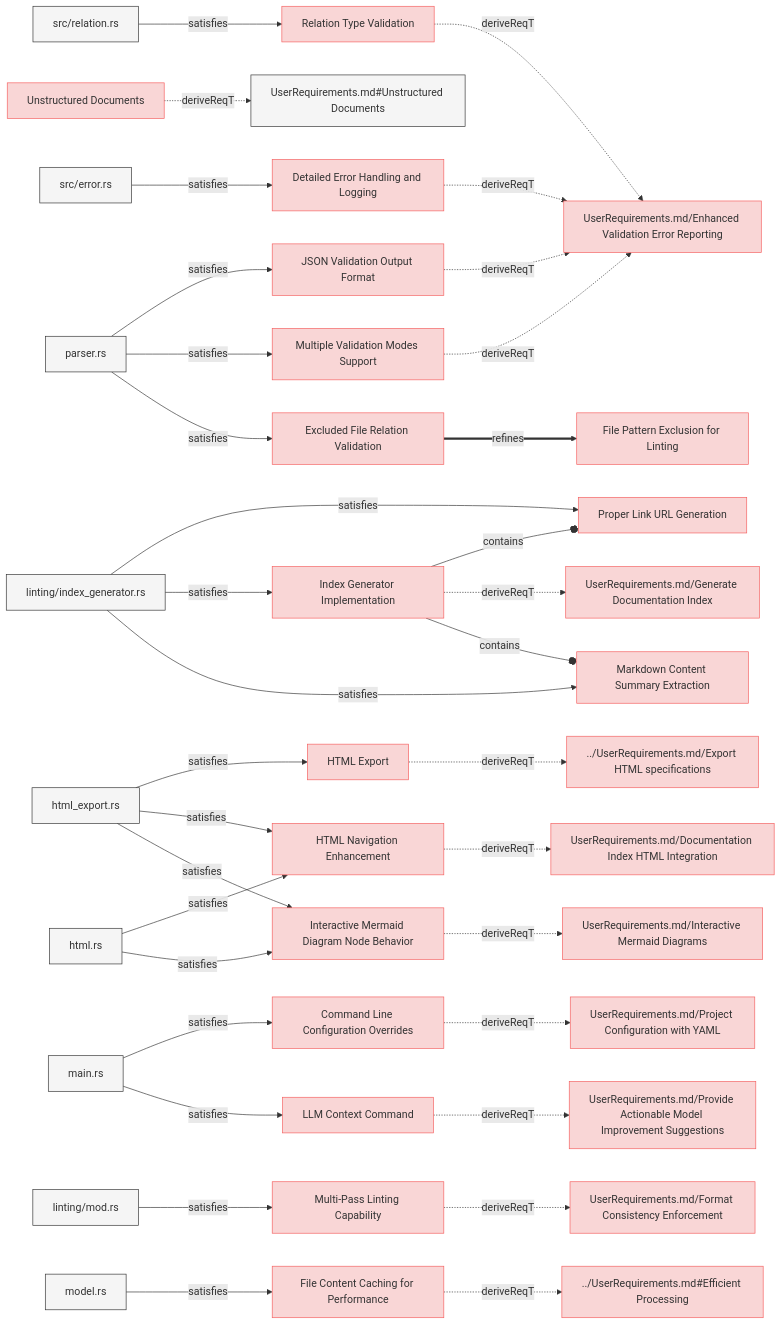
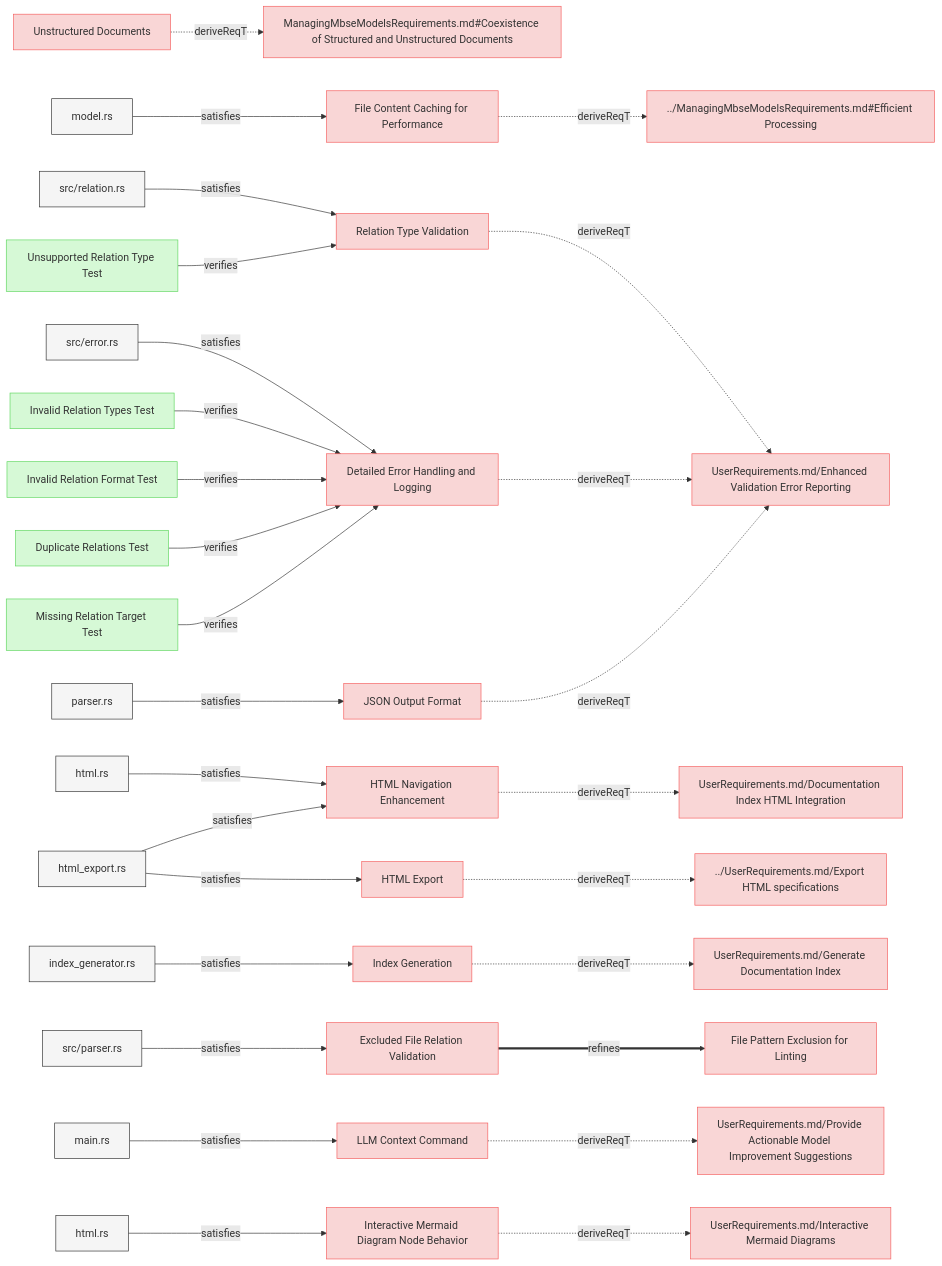
One commit to reqvire-org/reqvire changed the third of 8 diagrams in specifications/SystemRequirements/Requirements.md. Above: the diagram before and after it, drawn with Mermaid. The commit also changed other lines of this file and 11 other files, not shown here.

````diff
--- a/specifications/SystemRequirements/Requirements.md
+++ b/specifications/SystemRequirements/Requirements.md
@@ -266,6 +250,25 @@
   classDef verification fill:#d6f9d6,stroke:#5fd75f,stroke-width:1px;
   classDef externalLink fill:#d0e0ff,stroke:#3080ff,stroke-width:1px;
   classDef default fill:#f5f5f5,stroke:#333333,stroke-width:1px;
+
+  5a1719a264["Unstructured Documents"];
+  click 5a1719a264 "Requirements.md#unstructured-documents";
+  class 5a1719a264 requirement;
+  daadd8e583["ManagingMbseModelsRequirements.md#Coexistence of Structured and Unstructured Documents"];
+  class daadd8e583 requirement;
+  click daadd8e583 "../ManagingMbseModelsRequirements.md#coexistence-of-structured-and-unstructured-documents";
+  5a1719a264 -.->|deriveReqT| daadd8e583;
+  98bd2bd6bd["File Content Caching for Performance"];
+  click 98bd2bd6bd "Requirements.md#file-content-caching-for-performance";
+  class 98bd2bd6bd requirement;
+  21e4eb87cb["../ManagingMbseModelsRequirements.md#Efficient Processing"];
+  class 21e4eb87cb requirement;
+  click 21e4eb87cb "../ManagingMbseModelsRequirements.md#efficient-processing";
+  98bd2bd6bd -.->|deriveReqT| 21e4eb87cb;
+  74b4dd6a32["model.rs"];
+  class 74b4dd6a32 default;
+  click 74b4dd6a32 "../../src/model.rs";
+  74b4dd6a32 -->|satisfies| 98bd2bd6bd;
   5870488e00["Relation Type Validation"];
   click 5870488e00 "Requirements.md#relation-type-validation";
   class 5870488e00 requirement;
@@ -277,35 +280,10 @@
   class 7f89a342b7 default;
   click 7f89a342b7 "../../src/relation.rs";
   7f89a342b7 -->|satisfies| 5870488e00;
-  e30559f0b9["Proper Link URL Generation"];
-  click e30559f0b9 "Requirements.md#proper-link-url-generation";
-  class e30559f0b9 requirement;
-  ec70b05609["Index Generator Implementation"];
-  class ec70b05609 requirement;
-  click ec70b05609 "Requirements.md#index-generator-implementation";
-  ec70b05609 --o|contains| e30559f0b9;
-  58ac33706d["linting/index_generator.rs"];
-  class 58ac33706d default;
-  click 58ac33706d "../../src/linting/index_generator.rs";
-  58ac33706d -->|satisfies| e30559f0b9;
-  5a1719a264["Unstructured Documents"];
-  click 5a1719a264 "Requirements.md#unstructured-documents";
-  class 5a1719a264 requirement;
-  925533940c["UserRequirements.md#Unstructured Documents"];
-  class 925533940c default;
-  click 925533940c "../UserRequirements.md#unstructured-documents";
-  5a1719a264 -.->|deriveReqT| 925533940c;
-  c8b6ccc187["HTML Export"];
-  click c8b6ccc187 "Requirements.md#html-export";
-  class c8b6ccc187 requirement;
-  72c7eda618["../UserRequirements.md/Export HTML specifications"];
-  class 72c7eda618 requirement;
-  click 72c7eda618 "../UserRequirements.md#export-html-specifications";
-  c8b6ccc187 -.->|deriveReqT| 72c7eda618;
-  b55a4dd946["html_export.rs"];
-  class b55a4dd946 default;
-  click b55a4dd946 "../../src/html_export.rs";
-  b55a4dd946 -->|satisfies| c8b6ccc187;
+  47e4d671c1["Unsupported Relation Type Test"];
+  class 47e4d671c1 verification;
+  click 47e4d671c1 "../Verifications/ValidationTests.md#unsupported-relation-type-test";
+  47e4d671c1 -->|verifies| 5870488e00;
   86e0701b6c["HTML Navigation Enhancement"];
   click 86e0701b6c "Requirements.md#html-navigation-enhancement";
   class 86e0701b6c requirement;
@@ -317,80 +295,40 @@
   class 26182a4f81 default;
   click 26182a4f81 "../../src/html.rs";
   26182a4f81 -->|satisfies| 86e0701b6c;
+  b55a4dd946["html_export.rs"];
+  class b55a4dd946 default;
+  click b55a4dd946 "../../src/html_export.rs";
   b55a4dd946 -->|satisfies| 86e0701b6c;
-  dcf18d2ae4["JSON Validation Output Format"];
-  click dcf18d2ae4 "Requirements.md#json-validation-output-format";
-  class dcf18d2ae4 requirement;
-  dcf18d2ae4 -.->|deriveReqT| 7cf5cf9900;
-  c1dd54a249["parser.rs"];
-  class c1dd54a249 default;
-  click c1dd54a249 "../../src/parser.rs";
-  c1dd54a249 -->|satisfies| dcf18d2ae4;
+  c8b6ccc187["HTML Export"];
+  click c8b6ccc187 "Requirements.md#html-export";
+  class c8b6ccc187 requirement;
+  72c7eda618["../UserRequirements.md/Export HTML specifications"];
+  class 72c7eda618 requirement;
+  click 72c7eda618 "../UserRequirements.md#export-html-specifications";
+  c8b6ccc187 -.->|deriveReqT| 72c7eda618;
+  b55a4dd946 -->|satisfies| c8b6ccc187;
+  8acd24c7c2["Index Generation"];
+  click 8acd24c7c2 "Requirements.md#index-generation";
+  class 8acd24c7c2 requirement;
   f5b5eaeb28["UserRequirements.md/Generate Documentation Index"];
   class f5b5eaeb28 requirement;
   click f5b5eaeb28 "../UserRequirements.md#generate-documentation-index";
-  ec70b05609 -.->|deriveReqT| f5b5eaeb28;
-  58ac33706d -->|satisfies| ec70b05609;
-  94546ef055["Command Line Configuration Overrides"];
-  click 94546ef055 "Requirements.md#command-line-configuration-overrides";
-  class 94546ef055 requirement;
-  7430e12113["UserRequirements.md/Project Configuration with YAML"];
-  class 7430e12113 requirement;
-  click 7430e12113 "../UserRequirements.md#project-configuration-with-yaml";
-  94546ef055 -.->|deriveReqT| 7430e12113;
-  508bcd1e4a["main.rs"];
-  class 508bcd1e4a default;
-  click 508bcd1e4a "../../src/main.rs";
-  508bcd1e4a -->|satisfies| 94546ef055;
-  7a8da8dfee["Interactive Mermaid Diagram Node Behavior"];
-  click 7a8da8dfee "Requirements.md#interactive-mermaid-diagram-node-behavior";
-  class 7a8da8dfee requirement;
-  e867499409["UserRequirements.md/Interactive Mermaid Diagrams"];
-  class e867499409 requirement;
-  click e867499409 "../UserRequirements.md#interactive-mermaid-diagrams";
-  7a8da8dfee -.->|deriveReqT| e867499409;
-  26182a4f81 -->|satisfies| 7a8da8dfee;
-  b55a4dd946 -->|satisfies| 7a8da8dfee;
-  3b4ff428f7["Multiple Validation Modes Support"];
-  click 3b4ff428f7 "Requirements.md#multiple-validation-modes-support";
-  class 3b4ff428f7 requirement;
-  3b4ff428f7 -.->|deriveReqT| 7cf5cf9900;
-  c1dd54a249 -->|satisfies| 3b4ff428f7;
-  feb2e14e3b["Multi-Pass Linting Capability"];
-  click feb2e14e3b "Requirements.md#multi-pass-linting-capability";
-  class feb2e14e3b requirement;
-  81758bdb22["UserRequirements.md/Format Consistency Enforcement"];
-  class 81758bdb22 requirement;
-  click 81758bdb22 "../UserRequirements.md#format-consistency-enforcement";
-  feb2e14e3b -.->|deriveReqT| 81758bdb22;
-  3c61a8f8d3["linting/mod.rs"];
-  class 3c61a8f8d3 default;
-  click 3c61a8f8d3 "../../src/linting/mod.rs";
-  3c61a8f8d3 -->|satisfies| feb2e14e3b;
-  8ba9c7e059["LLM Context Command"];
-  click 8ba9c7e059 "Requirements.md#llm-context-command";
-  class 8ba9c7e059 requirement;
-  ec56dd665a["UserRequirements.md/Provide Actionable Model Improvement Suggestions"];
-  class ec56dd665a requirement;
-  click ec56dd665a "../UserRequirements.md#provide-actionable-model-improvement-suggestions";
-  8ba9c7e059 -.->|deriveReqT| ec56dd665a;
-  508bcd1e4a -->|satisfies| 8ba9c7e059;
-  98bd2bd6bd["File Content Caching for Performance"];
-  click 98bd2bd6bd "Requirements.md#file-content-caching-for-performance";
-  class 98bd2bd6bd requirement;
-  f07cf1cbfa["../UserRequirements.md#Efficient Processing"];
-  class f07cf1cbfa requirement;
-  click f07cf1cbfa "../UserRequirements.md#efficient-processing";
-  98bd2bd6bd -.->|deriveReqT| f07cf1cbfa;
-  74b4dd6a32["model.rs"];
-  class 74b4dd6a32 default;
-  click 74b4dd6a32 "../../src/model.rs";
-  74b4dd6a32 -->|satisfies| 98bd2bd6bd;
-  464cd8f172["Markdown Content Summary Extraction"];
-  click 464cd8f172 "Requirements.md#markdown-content-summary-extraction";
-  class 464cd8f172 requirement;
-  ec70b05609 --o|contains| 464cd8f172;
-  58ac33706d -->|satisfies| 464cd8f172;
+  8acd24c7c2 -.->|deriveReqT| f5b5eaeb28;
+  68559a12f4["index_generator.rs"];
+  class 68559a12f4 default;
+  click 68559a12f4 "../../src/index_generator.rs";
+  68559a12f4 -->|satisfies| 8acd24c7c2;
+  c5c85bedd1["Excluded File Relation Validation"];
+  click c5c85bedd1 "Requirements.md#excluded-file-relation-validation";
+  class c5c85bedd1 requirement;
+  45770e9b31["File Pattern Exclusion for Linting"];
+  class 45770e9b31 requirement;
+  click 45770e9b31 "Requirements.md#file-pattern-exclusion-for-linting";
+  c5c85bedd1 ==>|refines| 45770e9b31;
+  c1dd54a249["src/parser.rs"];
+  class c1dd54a249 default;
+  click c1dd54a249 "../../src/parser.rs";
+  c1dd54a249 -->|satisfies| c5c85bedd1;
   bdfd9d65e4["Detailed Error Handling and Logging"];
   click bdfd9d65e4 "Requirements.md#detailed-error-handling-and-logging";
   class bdfd9d65e4 requirement;
@@ -399,12 +337,50 @@
   class 99af5c72de default;
   click 99af5c72de "../../src/error.rs";
   99af5c72de -->|satisfies| bdfd9d65e4;
-  c5c85bedd1["Excluded File Relation Validation"];
-  click c5c85bedd1 "Requirements.md#excluded-file-relation-validation";
-  class c5c85bedd1 requirement;
-  45770e9b31["File Pattern Exclusion for Linting"];
-  class 45770e9b31 requirement;
-  click 45770e9b31 "Requirements.md#file-pattern-exclusion-for-linting";
-  c5c85bedd1 ==>|refines| 45770e9b31;
-  c1dd54a249 -->|satisfies| c5c85bedd1;
+  cea8390c33["Invalid Relation Types Test"];
+  class cea8390c33 verification;
+  click cea8390c33 "../Verifications/ValidationTests.md#invalid-relation-types-test";
+  cea8390c33 -->|verifies| bdfd9d65e4;
+  b598b28754["Invalid Relation Format Test"];
+  class b598b28754 verification;
+  click b598b28754 "../Verifications/ValidationTests.md#invalid-relation-format-test";
+  b598b28754 -->|verifies| bdfd9d65e4;
+  d0187b8703["Duplicate Relations Test"];
+  class d0187b8703 verification;
+  click d0187b8703 "../Verifications/ValidationTests.md#duplicate-relations-test";
+  d0187b8703 -->|verifies| bdfd9d65e4;
+  5ee74702ae["Missing Relation Target Test"];
+  class 5ee74702ae verification;
+  click 5ee74702ae "../Verifications/ValidationTests.md#missing-relation-target-test";
+  5ee74702ae -->|verifies| bdfd9d65e4;
+  8ba9c7e059["LLM Context Command"];
+  click 8ba9c7e059 "Requirements.md#llm-context-command";
+  class 8ba9c7e059 requirement;
+  ec56dd665a["UserRequirements.md/Provide Actionable Model Improvement Suggestions"];
+  class ec56dd665a requirement;
+  click ec56dd665a "../UserRequirements.md#provide-actionable-model-improvement-suggestions";
+  8ba9c7e059 -.->|deriveReqT| ec56dd665a;
+  508bcd1e4a["main.rs"];
+  class 508bcd1e4a default;
+  click 508bcd1e4a "../../src/main.rs";
+  508bcd1e4a -->|satisfies| 8ba9c7e059;
+  5ec6a2668b["JSON Output Format"];
+  click 5ec6a2668b "Requirements.md#json-output-format";
+  class 5ec6a2668b requirement;
+  5ec6a2668b -.->|deriveReqT| 7cf5cf9900;
+  6b749da146["parser.rs"];
+  class 6b749da146 default;
+  click 6b749da146 "../../src/cli.rs";
+  6b749da146 -->|satisfies| 5ec6a2668b;
+  7a8da8dfee["Interactive Mermaid Diagram Node Behavior"];
+  click 7a8da8dfee "Requirements.md#interactive-mermaid-diagram-node-behavior";
+  class 7a8da8dfee requirement;
+  e867499409["UserRequirements.md/Interactive Mermaid Diagrams"];
+  class e867499409 requirement;
+  click e867499409 "../UserRequirements.md#interactive-mermaid-diagrams";
+  7a8da8dfee -.->|deriveReqT| e867499409;
+  d9e753e4d8["html.rs"];
+  class d9e753e4d8 default;
+  click d9e753e4d8 "../../src/diagrams.rs";
+  d9e753e4d8 -->|satisfies| 7a8da8dfee;
 ```
````
